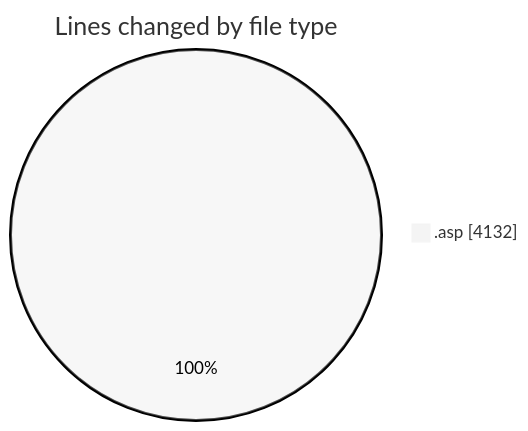
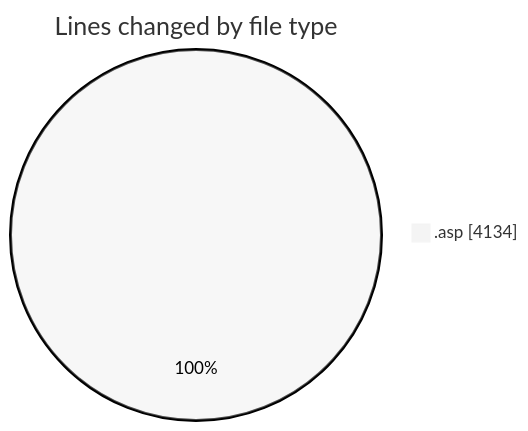
One commit to julien-gomy/code-tracking changed the first of 2 diagrams in 2025-10-30/cdp_aleoudev_fr__workspace_/README.md. Above: the diagram before and after it, drawn with Mermaid (neutral theme). The commit also changed other lines of this file and 1 other file, not shown here.

````diff
--- a/2025-10-30/cdp_aleoudev_fr__workspace_/README.md
+++ b/2025-10-30/cdp_aleoudev_fr__workspace_/README.md
@@ -22,5 +22,5 @@
 ```mermaid
 pie showData
 title Lines changed by file type
-".asp" : 4132
+".asp" : 4134
 ```
````
